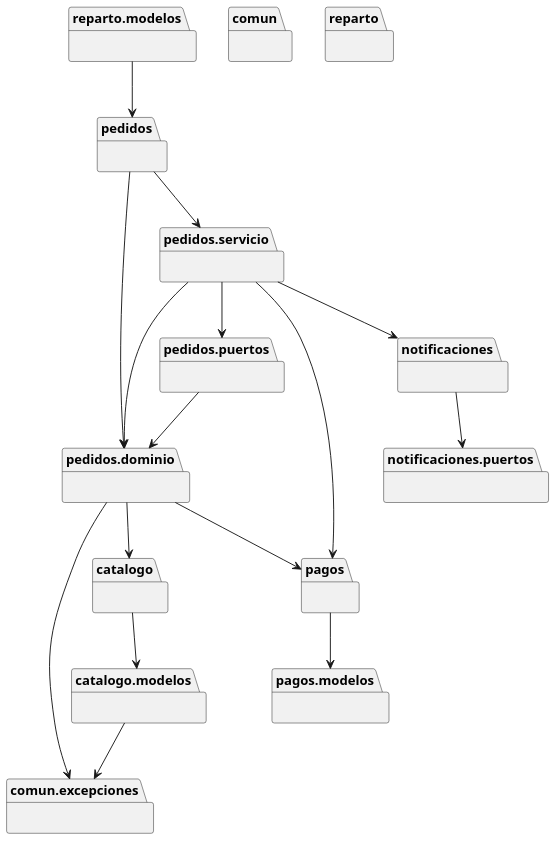
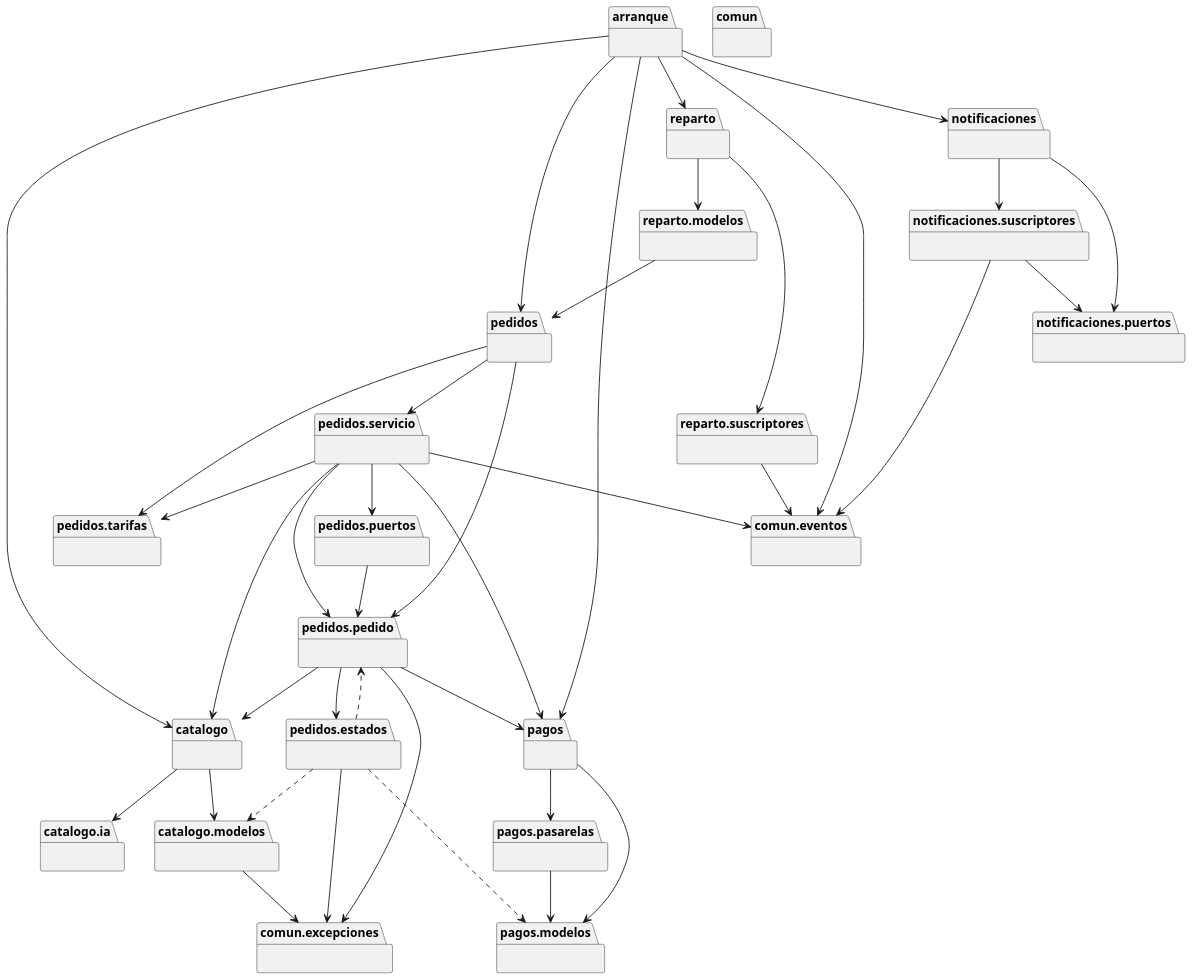
One commit to JBenjamin01/cs-2026b-lab04-grupob changed the diagram in docs/design/packages_sancamilo_pyreverse.puml. Above: the diagram before and after it, drawn with PlantUML. The commit also changed 27 other files, not shown here.

Commit message:
E7: diagramas por patron, clases.puml, pyreverse y bitacora

```diff
--- a/docs/design/packages_sancamilo_pyreverse.puml
+++ b/docs/design/packages_sancamilo_pyreverse.puml
@@ -1,48 +1,87 @@
 @startuml packages_sancamilo
-skinparam dpi 130
+skinparam dpi 120
 skinparam defaultFontName Arial
 set namespaceSeparator none
+package "arranque" as arranque {
+}
 package "catalogo" as catalogo {
+}
+package "catalogo.ia" as catalogo.ia {
 }
 package "catalogo.modelos" as catalogo.modelos {
 }
 package "comun" as comun {
+}
+package "comun.eventos" as comun.eventos {
 }
 package "comun.excepciones" as comun.excepciones {
 }
 package "notificaciones" as notificaciones {
 }
 package "notificaciones.puertos" as notificaciones.puertos {
 }
+package "notificaciones.suscriptores" as notificaciones.suscriptores {
+}
 package "pagos" as pagos {
 }
 package "pagos.modelos" as pagos.modelos {
 }
+package "pagos.pasarelas" as pagos.pasarelas {
+}
 package "pedidos" as pedidos {
 }
-package "pedidos.dominio" as pedidos.dominio {
+package "pedidos.estados" as pedidos.estados {
+}
+package "pedidos.pedido" as pedidos.pedido {
 }
 package "pedidos.puertos" as pedidos.puertos {
 }
 package "pedidos.servicio" as pedidos.servicio {
 }
+package "pedidos.tarifas" as pedidos.tarifas {
+}
 package "reparto" as reparto {
 }
 package "reparto.modelos" as reparto.modelos {
 }
+package "reparto.suscriptores" as reparto.suscriptores {
+}
+arranque --> catalogo
+arranque --> comun.eventos
+arranque --> notificaciones
+arranque --> pagos
+arranque --> pedidos
+arranque --> reparto
+catalogo --> catalogo.ia
 catalogo --> catalogo.modelos
 catalogo.modelos --> comun.excepciones
 notificaciones --> notificaciones.puertos
+notificaciones --> notificaciones.suscriptores
+notificaciones.suscriptores --> comun.eventos
+notificaciones.suscriptores --> notificaciones.puertos
 pagos --> pagos.modelos
-pedidos --> pedidos.dominio
+pagos --> pagos.pasarelas
+pagos.pasarelas --> pagos.modelos
+pedidos --> pedidos.pedido
 pedidos --> pedidos.servicio
-pedidos.dominio --> catalogo
-pedidos.dominio --> comun.excepciones
-pedidos.dominio --> pagos
-pedidos.puertos --> pedidos.dominio
-pedidos.servicio --> notificaciones
+pedidos --> pedidos.tarifas
+pedidos.estados --> comun.excepciones
+pedidos.pedido --> catalogo
+pedidos.pedido --> comun.excepciones
+pedidos.pedido --> pagos
+pedidos.pedido --> pedidos.estados
+pedidos.puertos --> pedidos.pedido
+pedidos.servicio --> catalogo
+pedidos.servicio --> comun.eventos
 pedidos.servicio --> pagos
-pedidos.servicio --> pedidos.dominio
+pedidos.servicio --> pedidos.pedido
 pedidos.servicio --> pedidos.puertos
+pedidos.servicio --> pedidos.tarifas
+reparto --> reparto.modelos
+reparto --> reparto.suscriptores
 reparto.modelos --> pedidos
+reparto.suscriptores --> comun.eventos
+pedidos.estados ..> catalogo.modelos
+pedidos.estados ..> pagos.modelos
+pedidos.estados ..> pedidos.pedido
 @enduml
```
